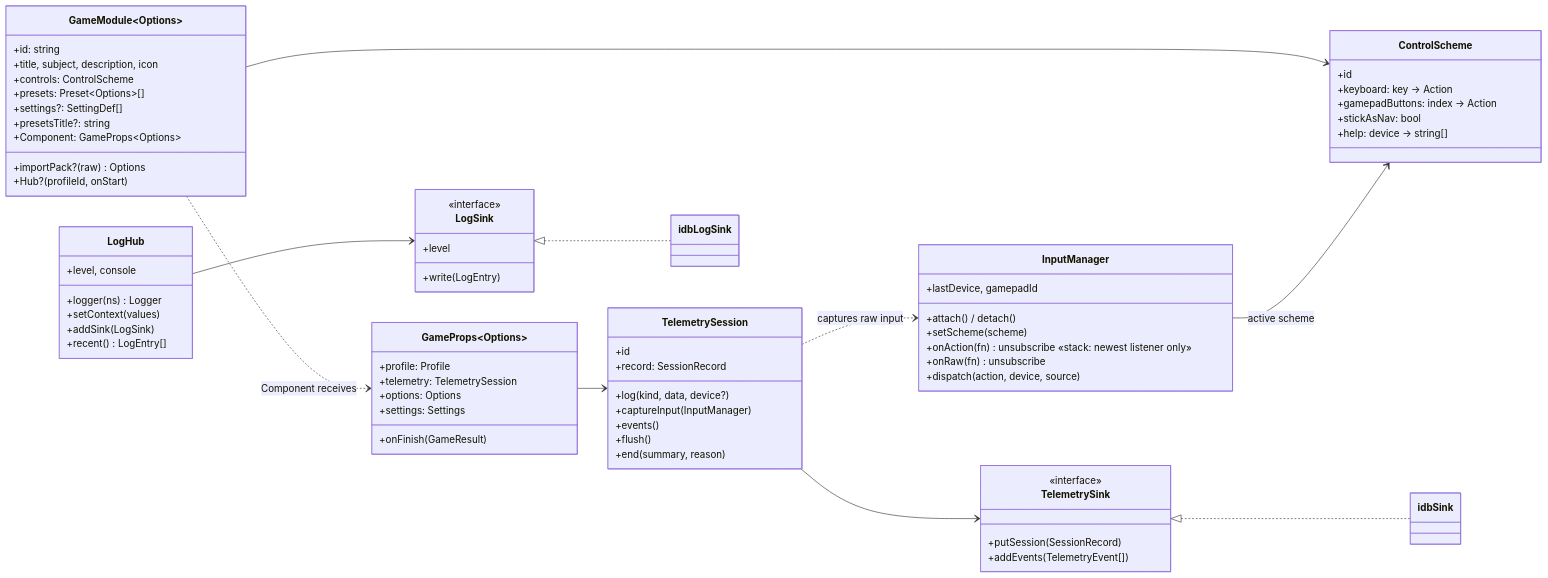
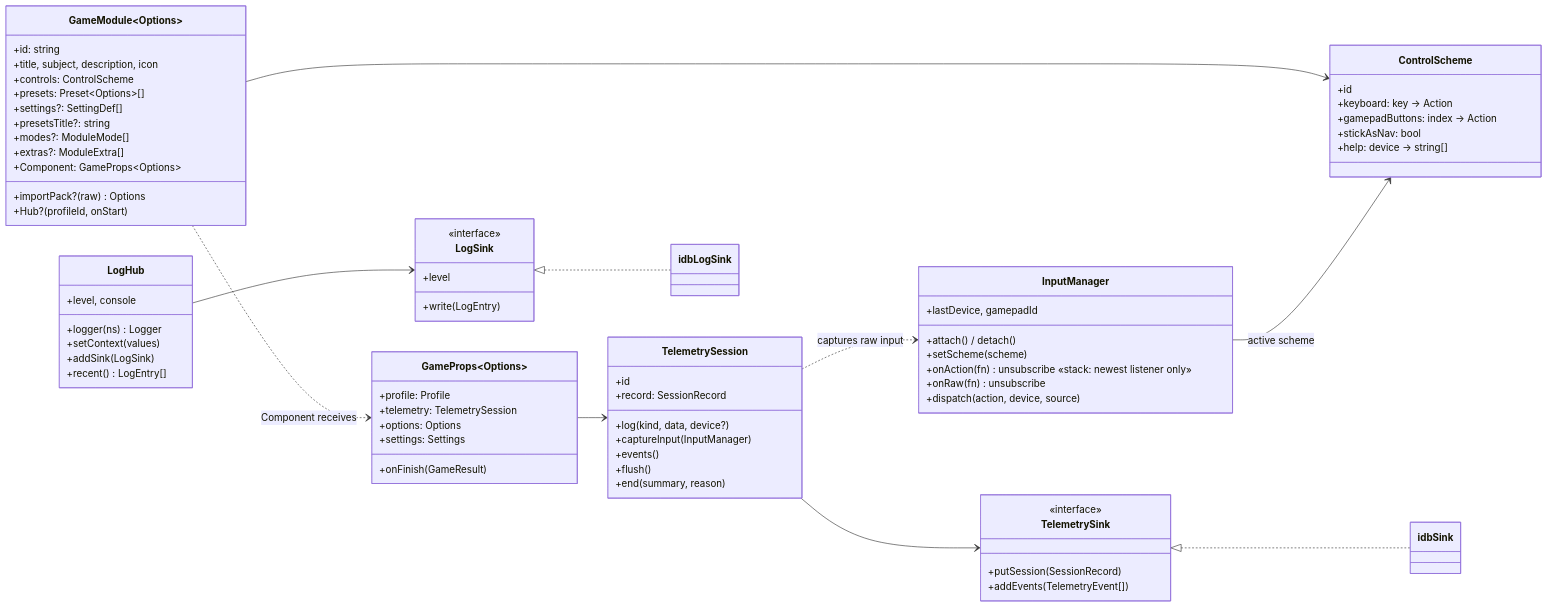
Before and after one commit to Lyceriuss/FunL: the third of 7 diagrams in docs/ARCHITECTURE.md, drawn with Mermaid. The commit also changed other lines of this file and 49 other files, not shown here.

Commit message:
Update UML + UI-improvements

````diff
--- a/docs/ARCHITECTURE.md
+++ b/docs/ARCHITECTURE.md
@@ -103,74 +111,76 @@
 ```mermaid
 classDiagram
   direction LR
 
   class GameModule~Options~ {
     +id: string
     +title, subject, description, icon
     +controls: ControlScheme
     +presets: Preset~Options~[]
     +settings?: SettingDef[]
     +importPack?(raw) Options
     +presetsTitle?: string
     +Hub?(profileId, onStart)
+    +modes?: ModuleMode[]
+    +extras?: ModuleExtra[]
     +Component: GameProps~Options~
   }
   class GameProps~Options~ {
     +profile: Profile
     +telemetry: TelemetrySession
     +options: Options
     +settings: Settings
     +onFinish(GameResult)
   }
   class ControlScheme {
     +id
     +keyboard: key → Action
     +gamepadButtons: index → Action
     +stickAsNav: bool
     +help: device → string[]
   }
   class InputManager {
     +attach() / detach()
     +setScheme(scheme)
     +onAction(fn) unsubscribe   «stack: newest listener only»
     +onRaw(fn) unsubscribe
     +dispatch(action, device, source)
     +lastDevice, gamepadId
   }
   class TelemetrySession {
     +id
     +record: SessionRecord
     +log(kind, data, device?)
     +captureInput(InputManager)
     +events()
     +flush()
     +end(summary, reason)
   }
   class TelemetrySink {
     <<interface>>
     +putSession(SessionRecord)
     +addEvents(TelemetryEvent[])
   }
   class LogHub {
     +level, console
     +logger(ns) Logger
     +setContext(values)
     +addSink(LogSink)
     +recent() LogEntry[]
   }
   class LogSink {
     <<interface>>
     +level
     +write(LogEntry)
   }
 
   GameModule --> ControlScheme
   GameModule ..> GameProps : Component receives
   GameProps --> TelemetrySession
   InputManager --> ControlScheme : active scheme
   TelemetrySession --> TelemetrySink
   TelemetrySession ..> InputManager : captures raw input
   TelemetrySink <|.. idbSink
   LogSink <|.. idbLogSink
   LogHub --> LogSink
 ```
````
